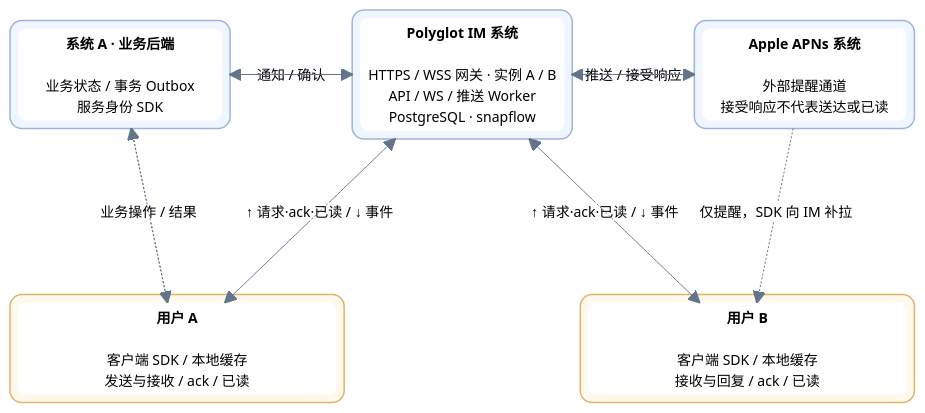
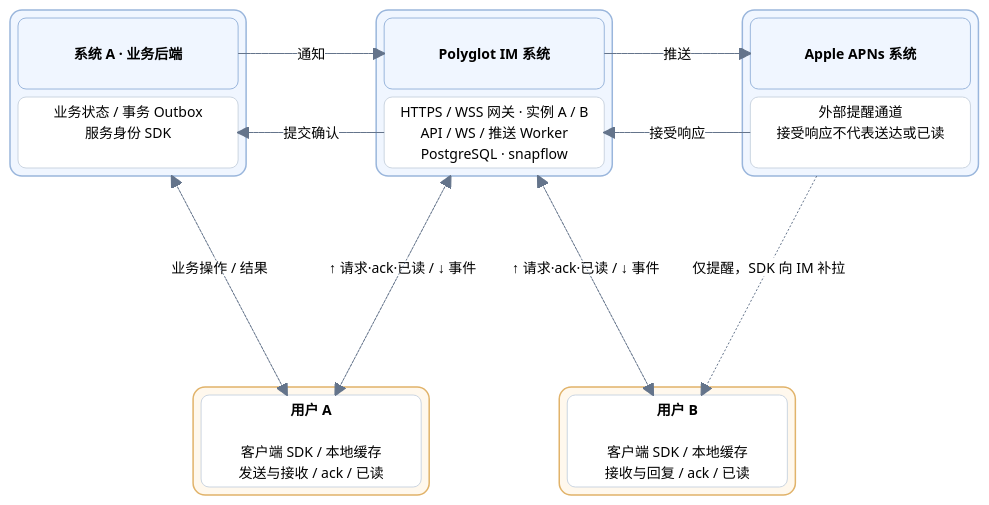
The first of 3 diagrams in docs/architecture.md (bitlap/polyglot-im), drawn with Mermaid before and after one commit. The commit also changed other lines of this file and 8 other files, not shown here.

````diff
--- a/docs/architecture.md
+++ b/docs/architecture.md
@@ -7,47 +7,54 @@
 ```mermaid
-%%{init: {"theme":"base","flowchart":{"curve":"stepBefore"},"themeVariables":{"fontSize":"14px","primaryColor":"#ffffff","primaryBorderColor":"#cbd5e1","primaryTextColor":"#1e293b","lineColor":"#64748b","edgeLabelBackground":"#ffffff"},"themeCSS":".edge-pattern-dotted { stroke: #d68a26 !important; stroke-width: 1.6px !important; stroke-dasharray: 5 7 !important; } .edge-pattern-solid { stroke: #64748b !important; stroke-width: 1.6px !important; } .edgeLabel rect { fill: #ffffff !important; opacity: 1 !important; rx: 5; ry: 5; } .block rect { rx: 10; ry: 10; }"}}%%
+%%{init: {"theme":"base","flowchart":{"curve":"stepAfter"},"themeVariables":{"fontSize":"14px","primaryColor":"#ffffff","primaryBorderColor":"#cbd5e1","primaryTextColor":"#1e293b","lineColor":"#64748b","edgeLabelBackground":"#ffffff"},"themeCSS":".edge-pattern-dotted { stroke: #d68a26 !important; stroke-width: 1.6px !important; stroke-dasharray: 5 7 !important; } .edge-pattern-solid { stroke: #64748b !important; stroke-width: 1.6px !important; } .edgeLabel rect { fill: #ffffff !important; opacity: 1 !important; rx: 5; ry: 5; } .block rect { rx: 10; ry: 10; } path[id$=\"-UA-IM\"] { transform: translateX(32px); } path[id$=\"-UB-IM\"] { transform: translateX(-32px); } path[id$=\"-UA-Business\"] { transform: translateX(-32px); }","block":{"padding":8}}}%%
 block-beta
-  columns 8
-  block:Business:2
+  columns 16
+  block:Business:4
     columns 1
-    SA["<b>系统 A · 业务后端</b><br/><br/>业务状态 / 事务 Outbox<br/>服务身份 SDK"]
+    BusinessTitle["<b>系统 A · 业务后端</b>"]
+    SA["业务状态 / 事务 Outbox<br/>服务身份 SDK<br/>　"]
   end
-  space
-  block:IM:2
+  space:2
+  block:IM:4
     columns 1
-    API["<b>Polyglot IM 系统</b><br/><br/>HTTPS / WSS 网关 · 实例 A / B<br/>API / WS / 推送 Worker<br/>PostgreSQL · snapflow"]
+    IMTitle["<b>Polyglot IM 系统</b>"]
+    API["HTTPS / WSS 网关 · 实例 A / B<br/>API / WS / 推送 Worker<br/>PostgreSQL · snapflow"]
   end
-  space
-  block:Apple:2
+  space:2
+  block:Apple:4
     columns 1
-    APNS["<b>Apple APNs 系统</b><br/><br/>外部提醒通道<br/>接受响应不代表送达或已读"]
+    AppleTitle["<b>Apple APNs 系统</b>"]
+    APNS["外部提醒通道<br/>接受响应不代表送达或已读<br/>　"]
   end
-  space:8
-  block:Alice:3
+  space:16
+  space:3
+  block:Alice:4
     columns 1
     UA["<b>用户 A</b><br/><br/>客户端 SDK / 本地缓存<br/>发送与接收 / ack / 已读"]
   end
   space:2
-  block:Bob:3
+  block:Bob:4
     columns 1
     UB["<b>用户 B</b><br/><br/>客户端 SDK / 本地缓存<br/>接收与回复 / ack / 已读"]
   end
-  Business -- "通知 / 确认" --> IM
-  IM --> Business
-  IM -- "推送 / 接受响应" --> Apple
-  Apple --> IM
+  space:3
+  BusinessTitle -- "通知" --> IMTitle
+  API -- "提交确认" --> SA
+  IMTitle -- "推送" --> AppleTitle
+  APNS -- "接受响应" --> API
   IM -. "↑ 请求·ack·已读 / ↓ 事件" .-> UA
   UA -.-> IM
   IM -. "↑ 请求·ack·已读 / ↓ 事件" .-> UB
   UB -.-> IM
   Business -. "业务操作 / 结果" .-> UA
   UA -.-> Business
   Apple -. "仅提醒，SDK 向 IM 补拉" .-> UB
   style Business fill:#f0f6ff,stroke:#9ab6dc,stroke-width:1.5px,rx:12,ry:12
   style IM fill:#f0f6ff,stroke:#9ab6dc,stroke-width:1.5px,rx:12,ry:12
   style Apple fill:#f0f6ff,stroke:#9ab6dc,stroke-width:1.5px,rx:12,ry:12
   style Alice fill:#fff8ed,stroke:#e1b36a,stroke-width:1.5px,rx:12,ry:12
   style Bob fill:#fff8ed,stroke:#e1b36a,stroke-width:1.5px,rx:12,ry:12
-  classDef component fill:#ffffff,stroke:none,color:#475569,rx:8,ry:8
+  classDef title fill:#f0f6ff,stroke:#9ab6dc,color:#1e3a5f,font-weight:bold,rx:8,ry:8
+  class BusinessTitle,IMTitle,AppleTitle title
+  classDef component fill:#ffffff,stroke:#cbd5e1,color:#475569,rx:8,ry:8
   class SA,API,APNS,UA,UB component
 ```
````
